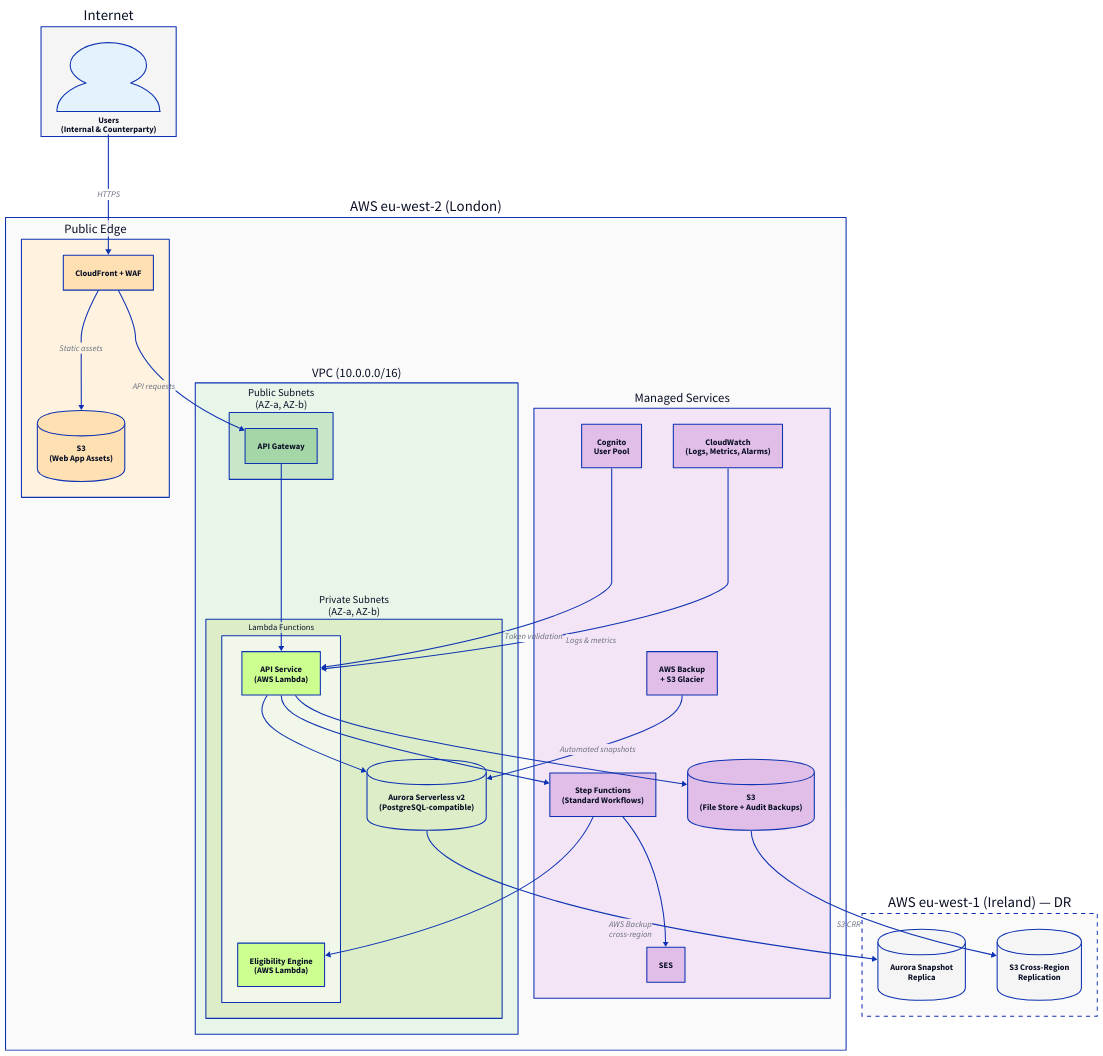
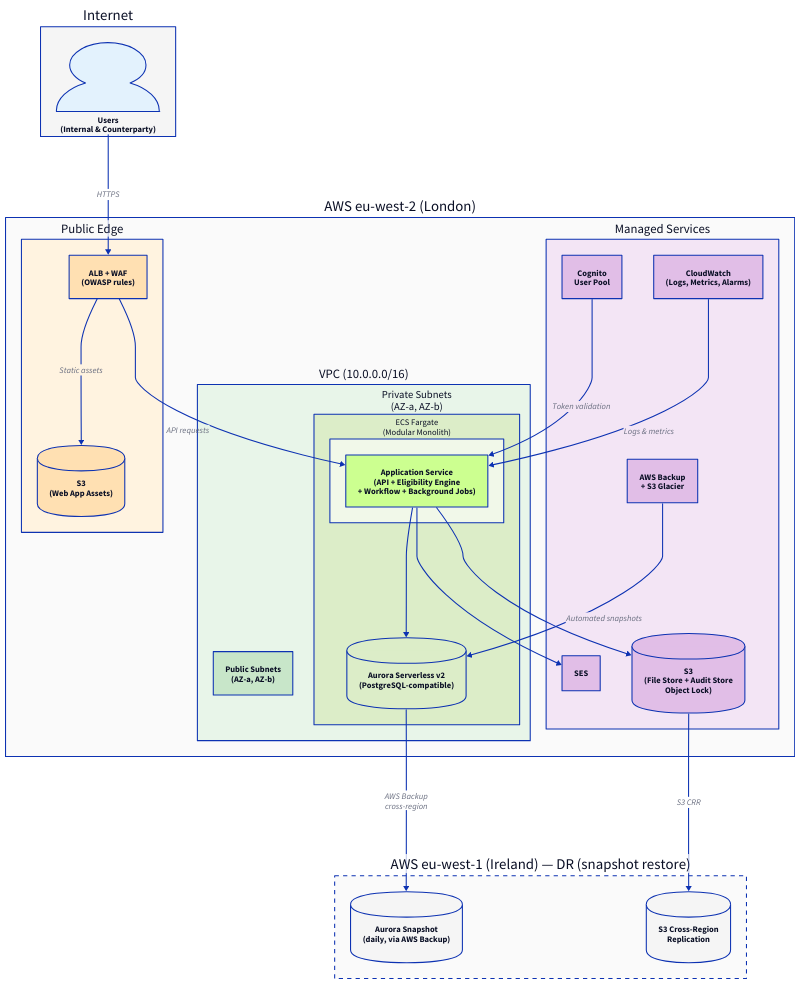
Before and after one commit to mosurekImagination/solution-architecture-case-studies: the eighth of 8 diagrams in 03/docs/solution-design.adoc, drawn with D2. The commit also changed other lines of this file and 16 other files, not shown here.

```diff
--- a/03/docs/solution-design.adoc
+++ b/03/docs/solution-design.adoc
@@ -1253,7 +1254,7 @@
 
   edge: Public Edge {
     style.fill: "#FFF3E0"
-    cf: CloudFront + WAF {
+    alb: ALB + WAF\n(OWASP rules) {
       style.fill: "#FFE0B2"
     }
     s3web: S3\n(Web App Assets) {
@@ -1267,20 +1268,14 @@
 
     pubSubnet: Public Subnets\n(AZ-a, AZ-b) {
       style.fill: "#C8E6C9"
-      apigw: API Gateway {
-        style.fill: "#A5D6A7"
-      }
     }
 
     privSubnet: Private Subnets\n(AZ-a, AZ-b) {
       style.fill: "#DCEDC8"
 
-      lambda: Lambda Functions {
+      fargate: ECS Fargate\n(Modular Monolith) {
         style.fill: "#F1F8E9"
-        apiLambda: API Service\n(AWS Lambda) {
-          style.fill: "#CCFF90"
-        }
-        eligLambda: Eligibility Engine\n(AWS Lambda) {
+        appTask: Application Service\n(API + Eligibility Engine\n+ Workflow + Background Jobs) {
           style.fill: "#CCFF90"
         }
       }
@@ -1297,13 +1292,10 @@
     cognito: Cognito\nUser Pool {
       style.fill: "#E1BEE7"
     }
-    stepFn: Step Functions\n(Standard Workflows) {
-      style.fill: "#E1BEE7"
-    }
     ses: SES {
       style.fill: "#E1BEE7"
     }
-    s3data: S3\n(File Store + Audit Backups) {
+    s3data: S3\n(File Store + Audit Store\nObject Lock) {
       shape: cylinder
       style.fill: "#E1BEE7"
     }
@@ -1316,10 +1308,10 @@
   }
 }
 
-drRegion: AWS eu-west-1 (Ireland) — DR {
+drRegion: AWS eu-west-1 (Ireland) — DR (snapshot restore) {
   style.fill: "#FAFAFA"
   style.stroke-dash: 4
-  rdsSnapshot: Aurora Snapshot\nReplica {
+  rdsSnapshot: Aurora Snapshot\n(daily, via AWS Backup) {
     shape: cylinder
     style.fill: "#F5F5F5"
   }
@@ -1329,17 +1321,14 @@
   }
 }
 
-internet.users -> aws.edge.cf: HTTPS
-aws.edge.cf -> aws.edge.s3web: Static assets
-aws.edge.cf -> aws.vpc.pubSubnet.apigw: API requests
-aws.vpc.pubSubnet.apigw -> aws.vpc.privSubnet.lambda.apiLambda
-aws.vpc.privSubnet.lambda.apiLambda -> aws.vpc.privSubnet.aurora
-aws.vpc.privSubnet.lambda.apiLambda -> aws.managed.s3data
-aws.vpc.privSubnet.lambda.apiLambda -> aws.managed.stepFn
-aws.managed.stepFn -> aws.vpc.privSubnet.lambda.eligLambda
-aws.managed.stepFn -> aws.managed.ses
-aws.managed.cognito -> aws.vpc.privSubnet.lambda.apiLambda: Token validation
-aws.managed.cw -> aws.vpc.privSubnet.lambda.apiLambda: Logs & metrics
+internet.users -> aws.edge.alb: HTTPS
+aws.edge.alb -> aws.edge.s3web: Static assets
+aws.edge.alb -> aws.vpc.privSubnet.fargate.appTask: API requests
+aws.vpc.privSubnet.fargate.appTask -> aws.vpc.privSubnet.aurora
+aws.vpc.privSubnet.fargate.appTask -> aws.managed.s3data
+aws.vpc.privSubnet.fargate.appTask -> aws.managed.ses
+aws.managed.cognito -> aws.vpc.privSubnet.fargate.appTask: Token validation
+aws.managed.cw -> aws.vpc.privSubnet.fargate.appTask: Logs & metrics
 aws.managed.backup -> aws.vpc.privSubnet.aurora: Automated snapshots
 aws.vpc.privSubnet.aurora -> drRegion.rdsSnapshot: AWS Backup\ncross-region
 aws.managed.s3data -> drRegion.s3dr: S3 CRR
```
